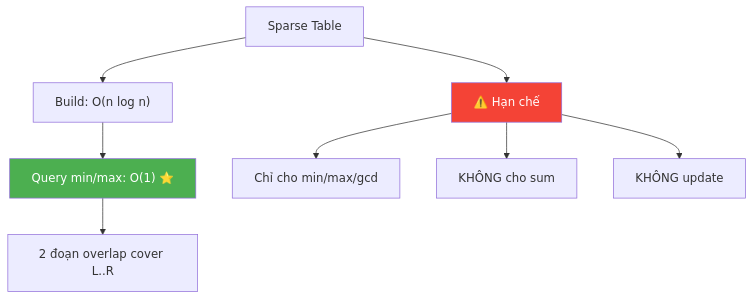
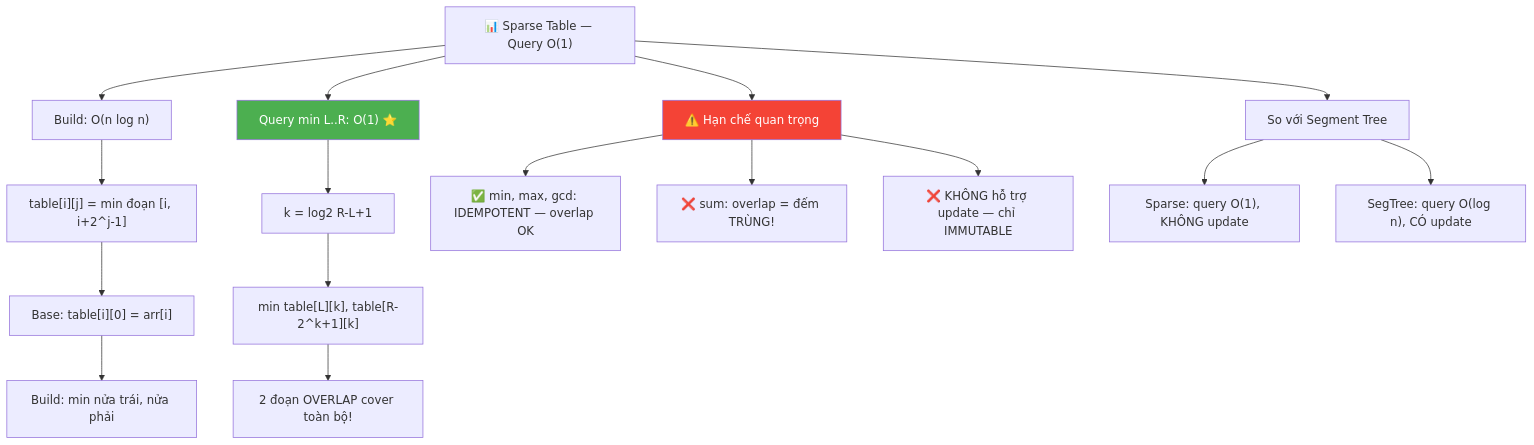
One commit to delta94e/MD-front-end changed diagram 15 of 18 in algo-pratice/array/Array Prerequisites - Kiến Thức Nền Tảng.md. Above: the diagram before and after it, drawn with Mermaid. The commit also changed other lines of this file, not shown here.

````diff
--- a/algo-pratice/array/Array Prerequisites - Kiến Thức Nền Tảng.md
+++ b/algo-pratice/array/Array Prerequisites - Kiến Thức Nền Tảng.md
@@ -4061,14 +4123,24 @@
 ```mermaid
 graph TD
-    A["Sparse Table"] --> B["Build: O(n log n)"]
-    B --> C["Query min/max: O(1) ⭐"]
-    C --> C1["2 đoạn overlap cover L..R"]
+    A["📊 Sparse Table — Query O(1)"] --> B["Build: O(n log n)"]
+    B --> B1["table[i][j] = min đoạn [i, i+2^j-1]"]
+    B1 --> B2["Base: table[i][0] = arr[i]"]
+    B2 --> B3["Build: min nửa trái, nửa phải"]
 
-    A --> D["⚠️ Hạn chế"]
-    D --> D1["Chỉ cho min/max/gcd"]
-    D --> D2["KHÔNG cho sum"]
-    D --> D3["KHÔNG update"]
+    A --> C["Query min L..R: O(1) ⭐"]
+    C --> C1["k = log2 R-L+1"]
+    C1 --> C2["min table[L][k], table[R-2^k+1][k]"]
+    C2 --> C3["2 đoạn OVERLAP cover toàn bộ!"]
+
+    A --> D["⚠️ Hạn chế quan trọng"]
+    D --> D1["✅ min, max, gcd: IDEMPOTENT — overlap OK"]
+    D --> D2["❌ sum: overlap = đếm TRÙNG!"]
+    D --> D3["❌ KHÔNG hỗ trợ update — chỉ IMMUTABLE"]
+
+    A --> E["So với Segment Tree"]
+    E --> E1["Sparse: query O(1), KHÔNG update"]
+    E --> E2["SegTree: query O(log n), CÓ update"]
 
     style C fill:#4CAF50,color:white
     style D fill:#F44336,color:white
 ```
````
